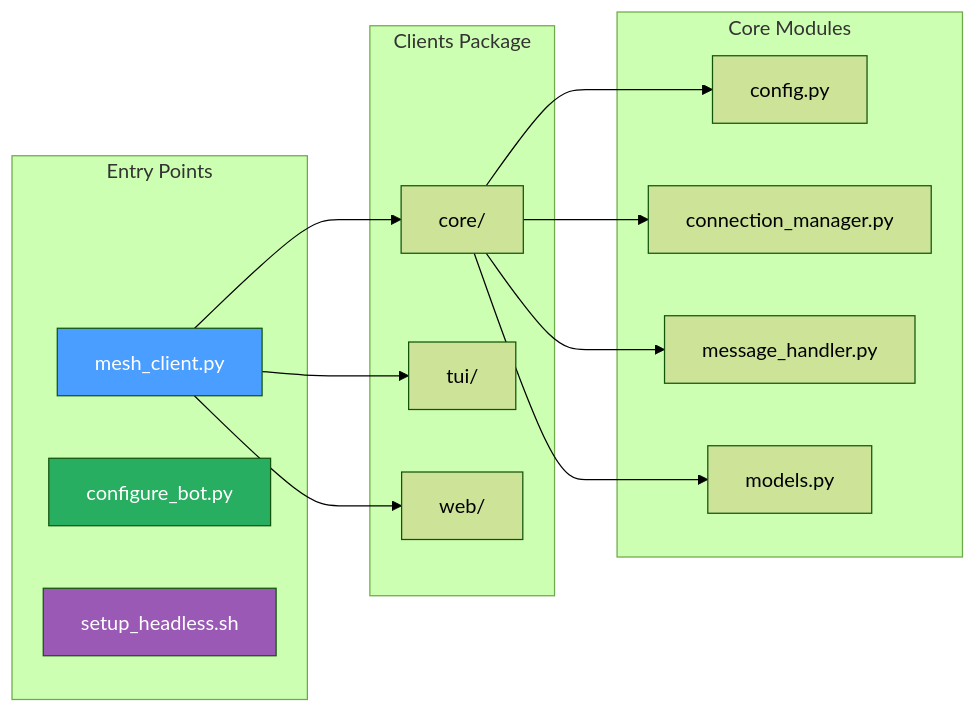
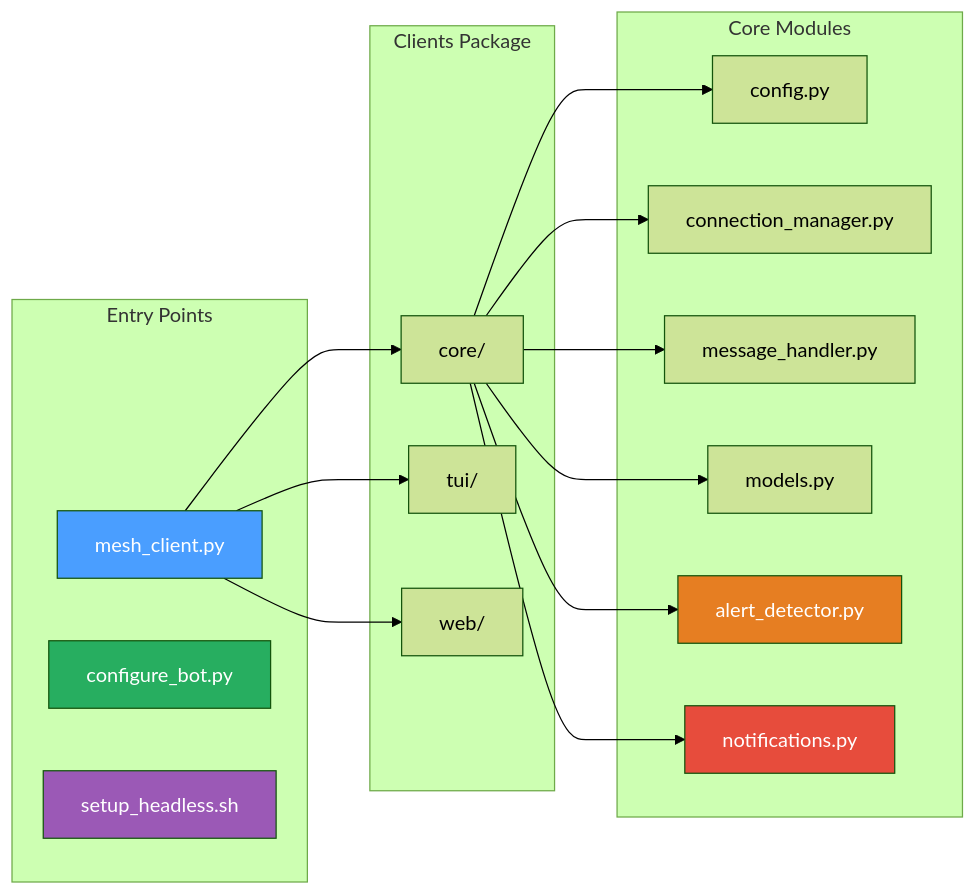
One commit to Nursedude/meshing_around_meshforge changed the fifth of 5 diagrams in README.md. Above: the diagram before and after it, drawn with Mermaid (forest theme). The commit also changed other lines of this file, not shown here.

````diff
--- a/README.md
+++ b/README.md
@@ -234,33 +352,39 @@
 ```mermaid
 graph LR
     subgraph "Entry Points"
         A[mesh_client.py]
         B[configure_bot.py]
         C[setup_headless.sh]
     end
 
     subgraph "Clients Package"
         D[core/]
         E[tui/]
         F[web/]
     end
 
     subgraph "Core Modules"
         G[config.py]
         H[connection_manager.py]
         I[message_handler.py]
         J[models.py]
+        K[alert_detector.py]
+        L[notifications.py]
     end
 
     A --> D
     A --> E
     A --> F
     D --> G
     D --> H
     D --> I
     D --> J
+    D --> K
+    D --> L
 
     style A fill:#4a9eff,color:#fff
     style B fill:#27ae60,color:#fff
     style C fill:#9b59b6,color:#fff
+    style K fill:#e67e22,color:#fff
+    style L fill:#e74c3c,color:#fff
 ```
````
